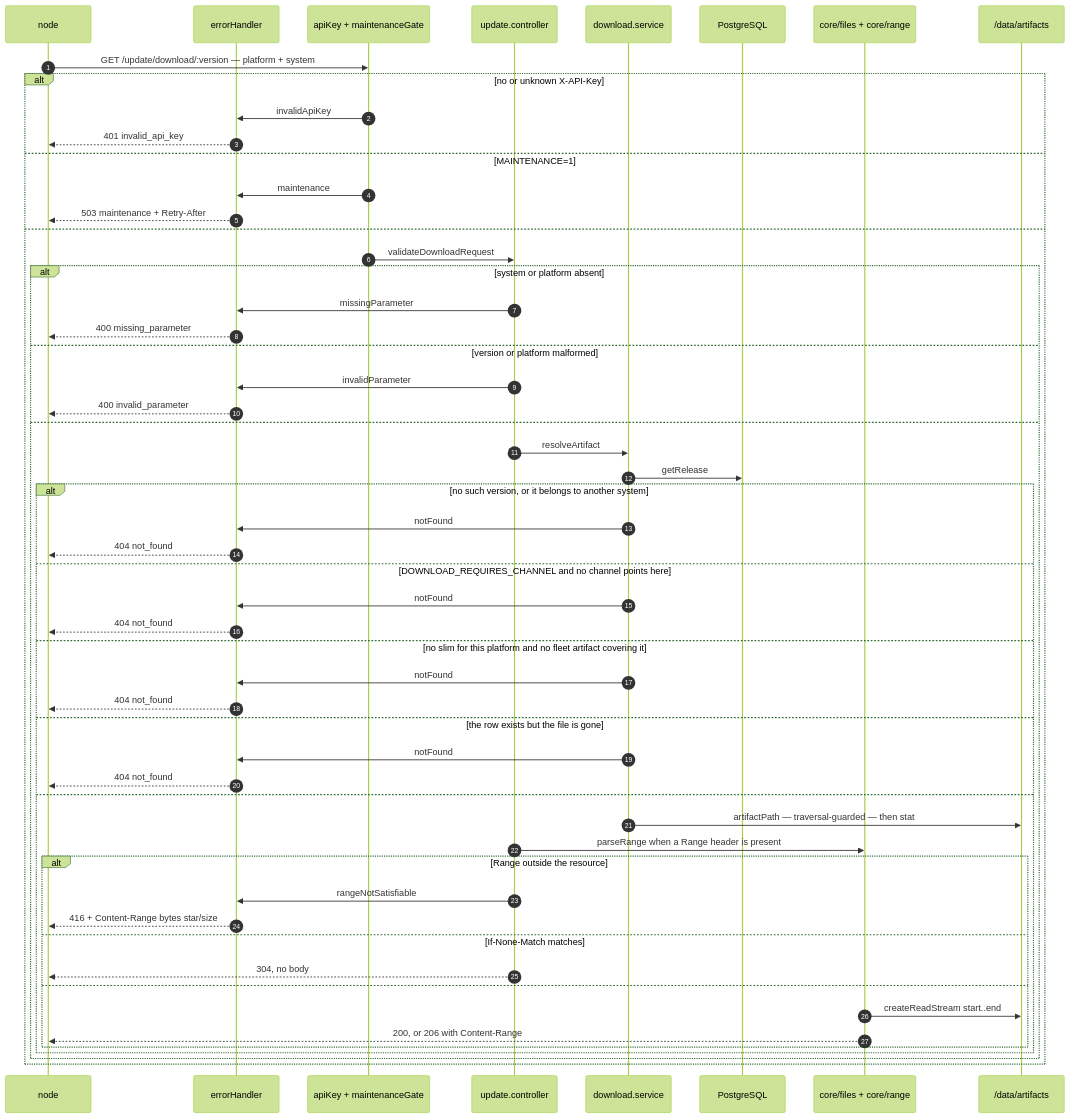
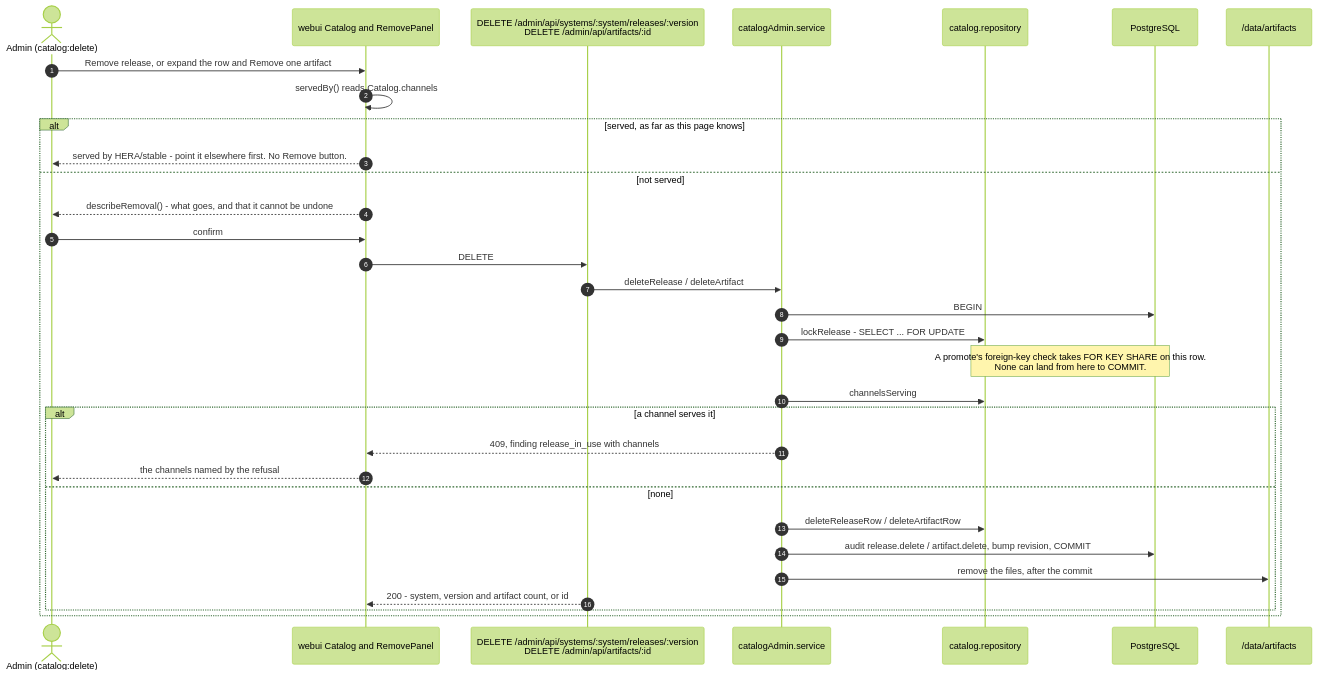
One commit to Si-Ops-Real-Time-Robotics-Inc/AeroCoreUpdate changed the seventh of 8 diagrams in docs/c4.md. Above: the diagram before and after it, drawn with Mermaid (forest theme). The commit also changed other lines of this file and 168 other files, not shown here.

First line of the commit message:
feat: Keycloak-only auth, the new web UI, and a version line per system

````diff
--- a/docs/c4.md
+++ b/docs/c4.md
@@ -353,60 +280,35 @@
 ```mermaid
 sequenceDiagram
-    autonumber
-    participant N as node
-    participant E as errorHandler
-    participant M as apiKey + maintenanceGate
-    participant C as update.controller
-    participant D as download.service
-    participant DB as PostgreSQL
-    participant F as core/files + core/range
-    participant FS as /data/artifacts
+  autonumber
+  actor admin as Admin (catalog:delete)
+  participant ui as webui Catalog and RemovePanel
+  participant api as DELETE /admin/api/systems/:system/releases/:version<br/>DELETE /admin/api/artifacts/:id
+  participant svc as catalogAdmin.service
+  participant repo as catalog.repository
+  participant db as PostgreSQL
+  participant fs as /data/artifacts
 
-    N->>M: GET /update/download/:version — platform + system
-
-    alt no or unknown X-API-Key
-        M->>E: invalidApiKey
-        E-->>N: 401 invalid_api_key
-    else MAINTENANCE=1
-        M->>E: maintenance
-        E-->>N: 503 maintenance + Retry-After
-    else
-        M->>C: validateDownloadRequest
-        alt system or platform absent
-            C->>E: missingParameter
-            E-->>N: 400 missing_parameter
-        else version or platform malformed
-            C->>E: invalidParameter
-            E-->>N: 400 invalid_parameter
-        else
-            C->>D: resolveArtifact
-            D->>DB: getRelease
-
-            alt no such version, or it belongs to another system
-                D->>E: notFound
-                E-->>N: 404 not_found
-            else DOWNLOAD_REQUIRES_CHANNEL and no channel points here
-                D->>E: notFound
-                E-->>N: 404 not_found
-            else no slim for this platform and no fleet artifact covering it
-                D->>E: notFound
-                E-->>N: 404 not_found
-            else the row exists but the file is gone
-                D->>E: notFound
-                E-->>N: 404 not_found
-            else
-                D->>FS: artifactPath — traversal-guarded — then stat
-                C->>F: parseRange when a Range header is present
-                alt Range outside the resource
-                    C->>E: rangeNotSatisfiable
-                    E-->>N: 416 + Content-Range bytes star/size
-                else If-None-Match matches
-                    C-->>N: 304, no body
-                else
-                    F->>FS: createReadStream start..end
-                    F-->>N: 200, or 206 with Content-Range
-                end
-            end
-        end
+  admin->>ui: Remove release, or expand the row and Remove one artifact
+  ui->>ui: servedBy() reads Catalog.channels
+  alt served, as far as this page knows
+    ui-->>admin: served by HERA/stable - point it elsewhere first. No Remove button.
+  else not served
+    ui-->>admin: describeRemoval() - what goes, and that it cannot be undone
+    admin->>ui: confirm
+    ui->>api: DELETE
+    api->>svc: deleteRelease / deleteArtifact
+    svc->>db: BEGIN
+    svc->>repo: lockRelease - SELECT ... FOR UPDATE
+    Note over repo,db: A promote's foreign-key check takes FOR KEY SHARE on this row.<br/>None can land from here to COMMIT.
+    svc->>repo: channelsServing
+    alt a channel serves it
+      svc-->>ui: 409, finding release_in_use with channels
+      ui-->>admin: the channels named by the refusal
+    else none
+      svc->>repo: deleteReleaseRow / deleteArtifactRow
+      svc->>db: audit release.delete / artifact.delete, bump revision, COMMIT
+      svc->>fs: remove the files, after the commit
+      api-->>ui: 200 - system, version and artifact count, or id
     end
+  end
 ```
````
